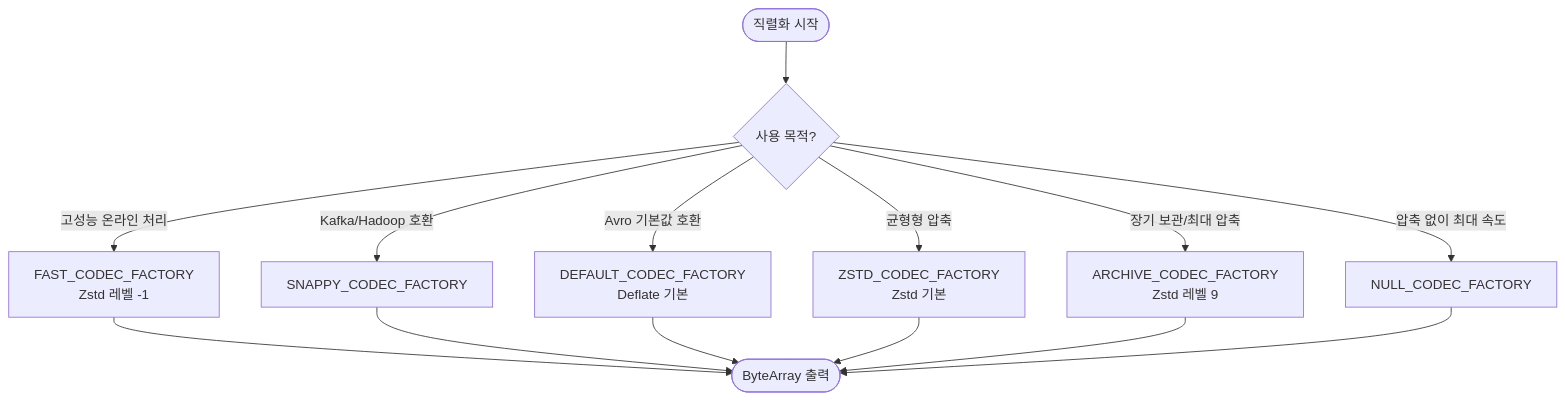
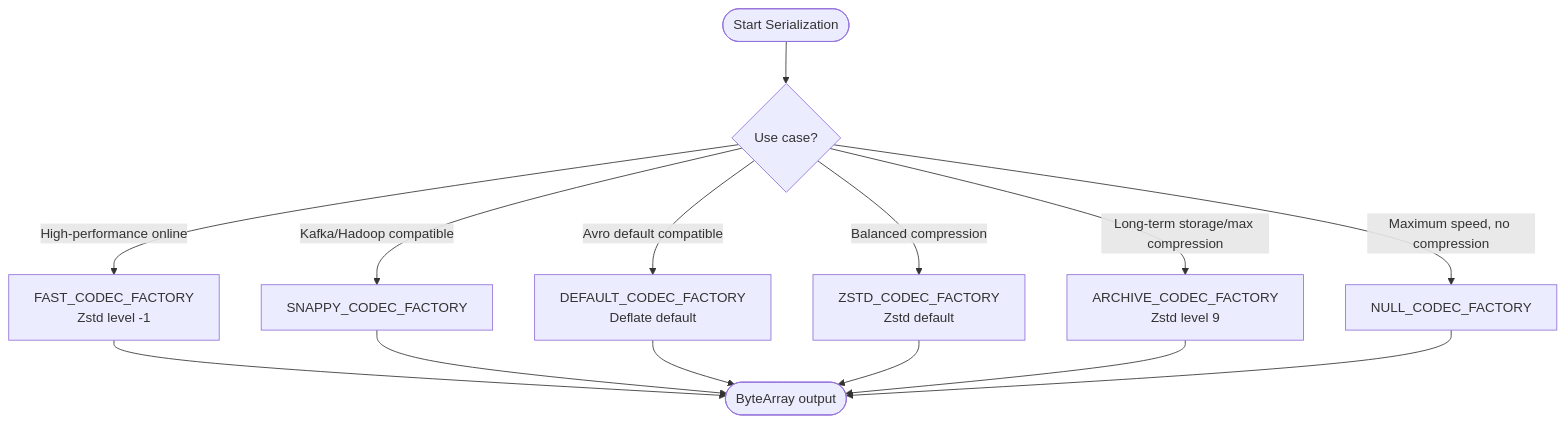
One commit to bluetape4k/bluetape4k-projects changed the third of 3 diagrams in io/avro/README.md. Above: the diagram before and after it, drawn with Mermaid. The commit also changed other lines of this file and 265 other files, not shown here.

````diff
--- a/io/avro/README.md
+++ b/io/avro/README.md
@@ -197,16 +198,16 @@
 ```mermaid
 flowchart TD
-    시작([직렬화 시작]) --> 용도{사용 목적?}
-    용도 -->|고성능 온라인 처리| FAST[FAST_CODEC_FACTORY<br/>Zstd 레벨 -1]
-    용도 -->|Kafka/Hadoop 호환| SNAPPY[SNAPPY_CODEC_FACTORY]
-    용도 -->|Avro 기본값 호환| DEFAULT[DEFAULT_CODEC_FACTORY<br/>Deflate 기본]
-    용도 -->|균형형 압축| ZSTD[ZSTD_CODEC_FACTORY<br/>Zstd 기본]
-    용도 -->|장기 보관/최대 압축| ARCHIVE[ARCHIVE_CODEC_FACTORY<br/>Zstd 레벨 9]
-    용도 -->|압축 없이 최대 속도| NULL[NULL_CODEC_FACTORY]
-    FAST --> 직렬화([ByteArray 출력])
-    SNAPPY --> 직렬화
-    DEFAULT --> 직렬화
-    ZSTD --> 직렬화
-    ARCHIVE --> 직렬화
-    NULL --> 직렬화
+    Start([Start Serialization]) --> Purpose{Use case?}
+    Purpose -->|High-performance online| FAST[FAST_CODEC_FACTORY<br/>Zstd level -1]
+    Purpose -->|Kafka/Hadoop compatible| SNAPPY[SNAPPY_CODEC_FACTORY]
+    Purpose -->|Avro default compatible| DEFAULT[DEFAULT_CODEC_FACTORY<br/>Deflate default]
+    Purpose -->|Balanced compression| ZSTD[ZSTD_CODEC_FACTORY<br/>Zstd default]
+    Purpose -->|Long-term storage/max compression| ARCHIVE[ARCHIVE_CODEC_FACTORY<br/>Zstd level 9]
+    Purpose -->|Maximum speed, no compression| NULL[NULL_CODEC_FACTORY]
+    FAST --> Output([ByteArray output])
+    SNAPPY --> Output
+    DEFAULT --> Output
+    ZSTD --> Output
+    ARCHIVE --> Output
+    NULL --> Output
 ```
````
